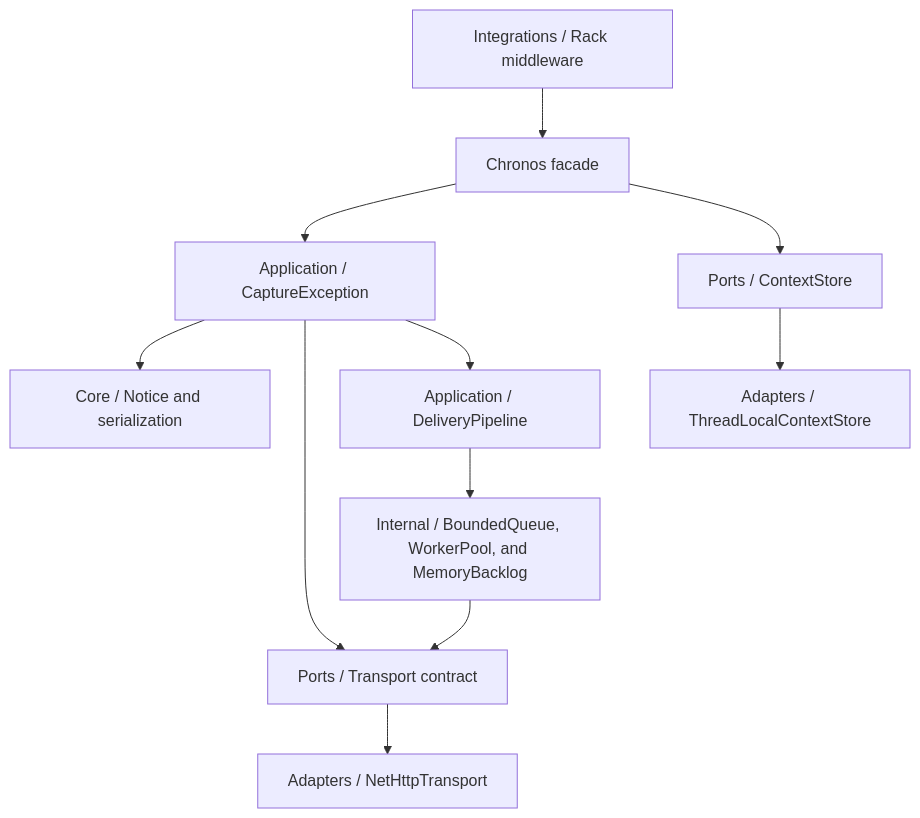
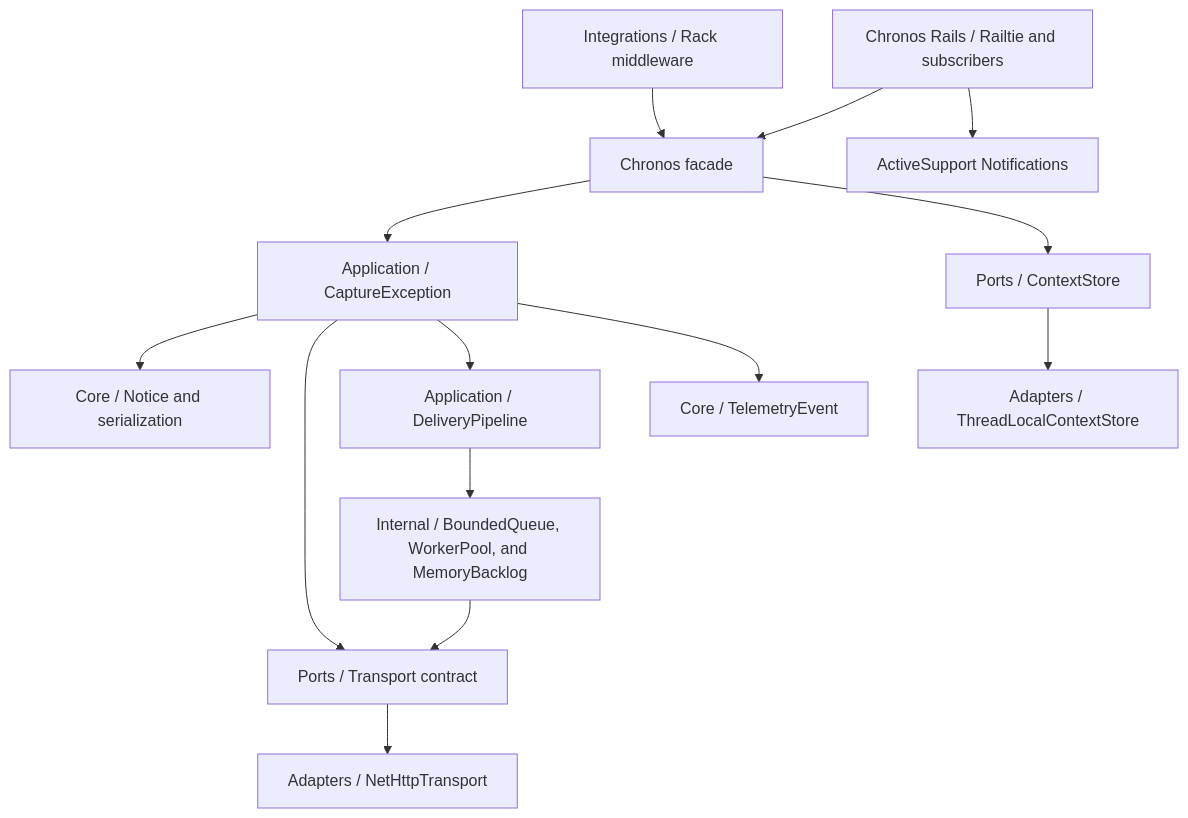
Before and after one commit to antoniojefferson/chronos-ruby: the diagram in docs/architecture.md, drawn with Mermaid. The commit also changed other lines of this file and 75 other files, not shown here.

````diff
--- a/docs/architecture.md
+++ b/docs/architecture.md
@@ -5,13 +5,16 @@
 ```mermaid
 flowchart TB
   Facade[Chronos facade] --> Application[Application / CaptureException]
   Application --> Core[Core / Notice and serialization]
   Application --> Ports[Ports / Transport contract]
   Ports --> Adapter[Adapters / NetHttpTransport]
   Application --> Delivery[Application / DeliveryPipeline]
   Delivery --> Internal[Internal / BoundedQueue, WorkerPool, and MemoryBacklog]
   Internal --> Ports
   Rack[Integrations / Rack middleware] --> Facade
   Facade --> Context[Ports / ContextStore]
   Context --> ThreadLocal[Adapters / ThreadLocalContextStore]
+  Rails[Chronos Rails / Railtie and subscribers] --> Facade
+  Rails --> Notifications[ActiveSupport Notifications]
+  Application --> Telemetry[Core / TelemetryEvent]
 ```
````
